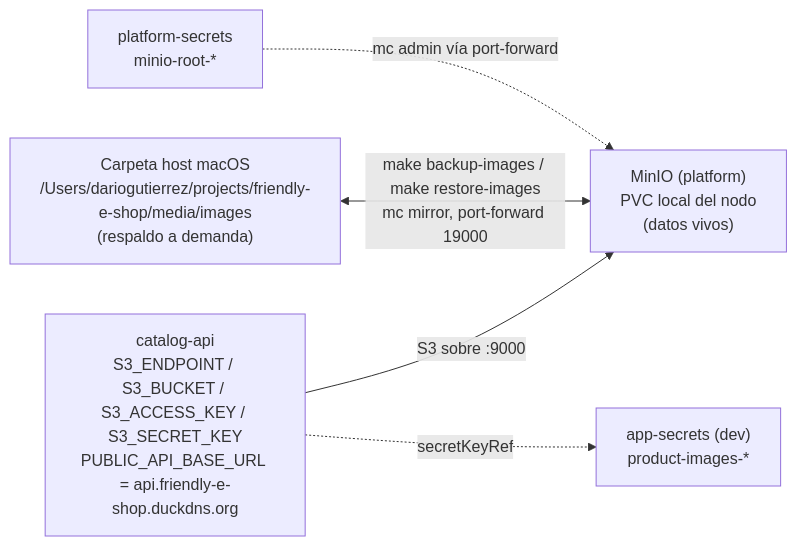
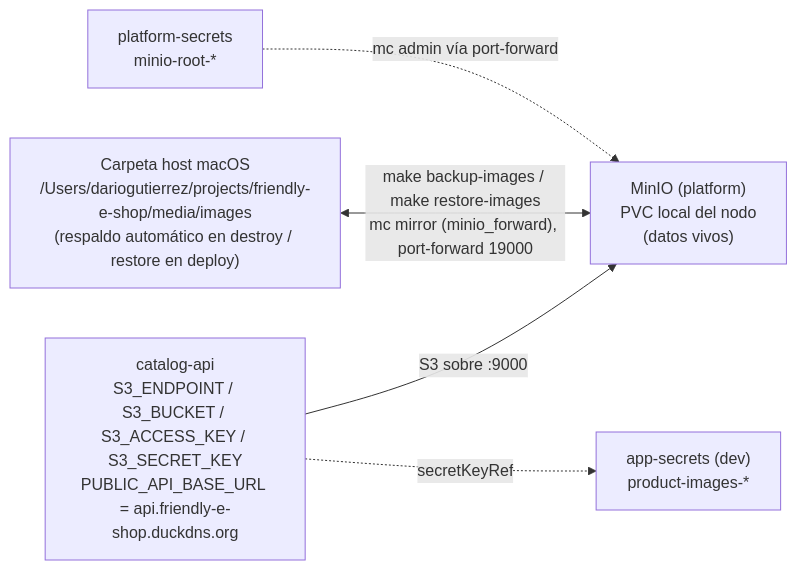
Before and after one commit to Dariosoft/fes-infra: the fifth of 8 diagrams in specs/002-product-image-storage/uml.md, drawn with Mermaid. The commit also changed other lines of this file and 3 other files, not shown here.

````diff
--- a/specs/002-product-image-storage/uml.md
+++ b/specs/002-product-image-storage/uml.md
@@ -99,13 +136,13 @@
 ```mermaid
 flowchart LR
   CAT["catalog-api\nS3_ENDPOINT / S3_BUCKET / S3_ACCESS_KEY / S3_SECRET_KEY\nPUBLIC_API_BASE_URL = api.friendly-e-shop.duckdns.org"]
   MINIO["MinIO (platform)\nPVC local del nodo\n(datos vivos)"]
-  BACKUP["Carpeta host macOS\n/Users/dariogutierrez/projects/friendly-e-shop/media/images\n(respaldo a demanda)"]
+  BACKUP["Carpeta host macOS\n/Users/dariogutierrez/projects/friendly-e-shop/media/images\n(respaldo automático en destroy / restore en deploy)"]
   ROOT["platform-secrets\nminio-root-*"]
   AS["app-secrets (dev)\nproduct-images-*"]
 
   CAT -->|S3 sobre :9000| MINIO
   CAT -.->|secretKeyRef| AS
-  BACKUP <-->|"make backup-images / make restore-images\nmc mirror, port-forward 19000"| MINIO
+  BACKUP <-->|"make backup-images / make restore-images\nmc mirror (minio_forward), port-forward 19000"| MINIO
   ROOT -.->|mc admin vía port-forward| MINIO
 ```
````
